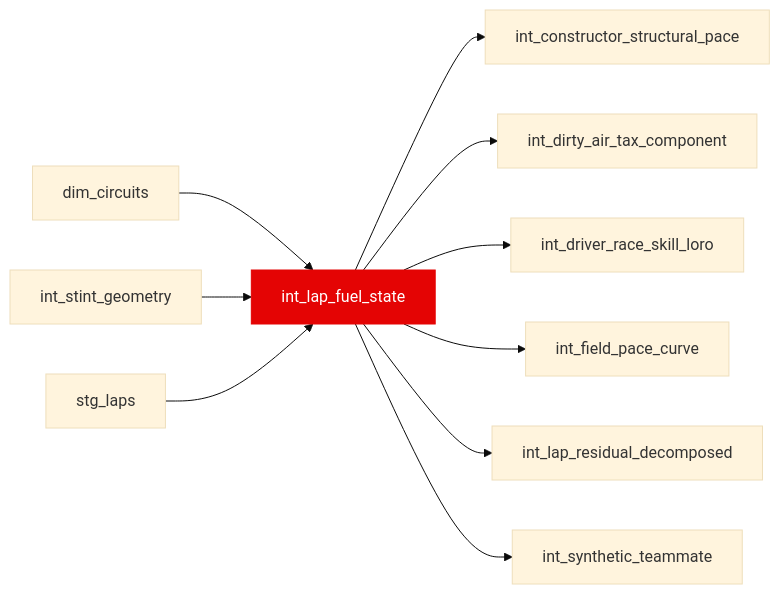
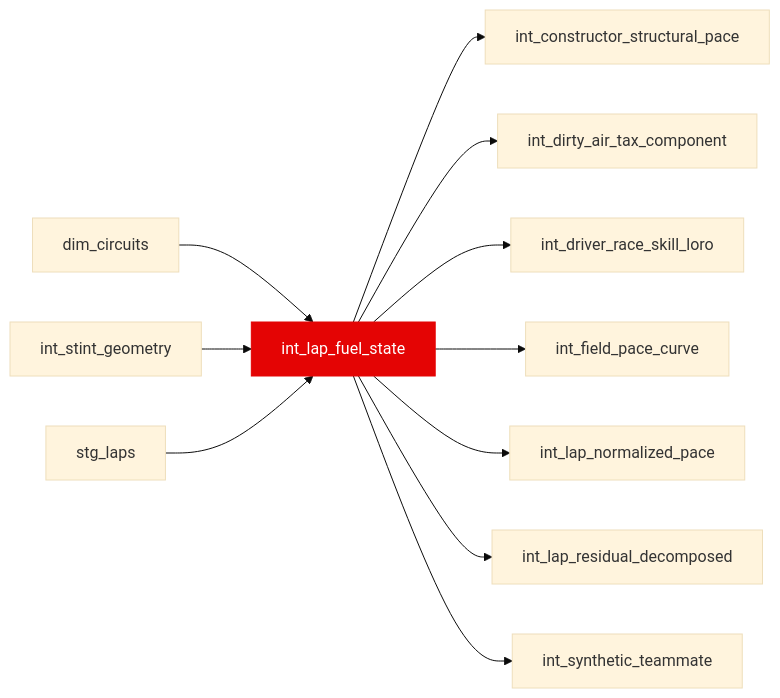
The diagram in docs/reference/models/int/int_lap_fuel_state.mdx (JustinClarke/off-the-pace), drawn with Mermaid (base theme) before and after one commit. The commit also changed 31 other files, not shown here.

Commit message:
new SQL model, ,  calculates the normalized lap pace by removing the effects of dirty air

````diff
--- a/docs/reference/models/int/int_lap_fuel_state.mdx
+++ b/docs/reference/models/int/int_lap_fuel_state.mdx
@@ -15,13 +15,14 @@
 ```mermaid
 flowchart LR
   dim_circuits --> int_lap_fuel_state
   int_stint_geometry --> int_lap_fuel_state
   stg_laps --> int_lap_fuel_state
   int_lap_fuel_state --> int_constructor_structural_pace
   int_lap_fuel_state --> int_dirty_air_tax_component
   int_lap_fuel_state --> int_driver_race_skill_loro
   int_lap_fuel_state --> int_field_pace_curve
+  int_lap_fuel_state --> int_lap_normalized_pace
   int_lap_fuel_state --> int_lap_residual_decomposed
   int_lap_fuel_state --> int_synthetic_teammate
   style int_lap_fuel_state fill:#e40404,stroke:#e40404,color:#fff
 ```
````
